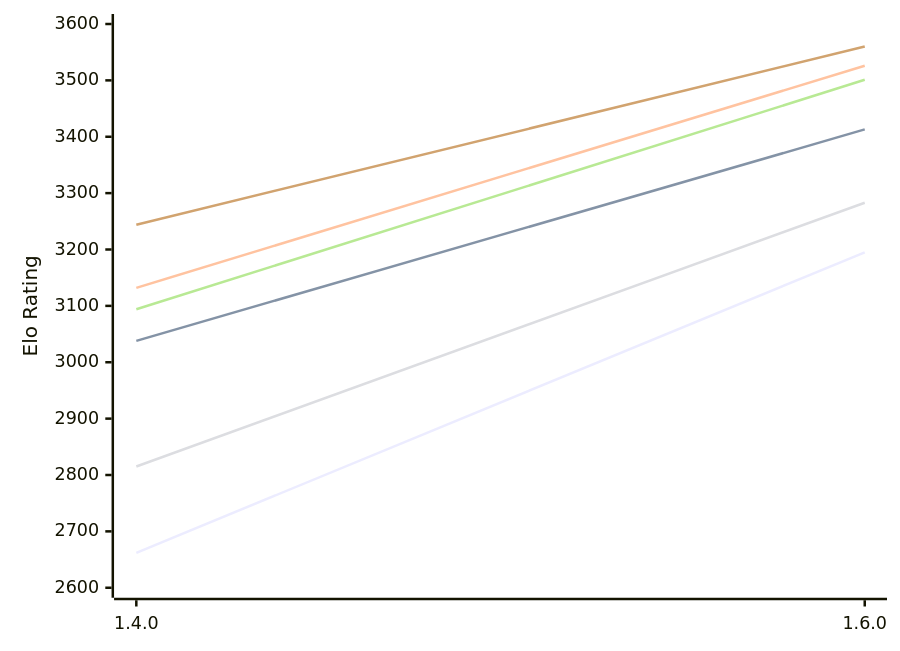
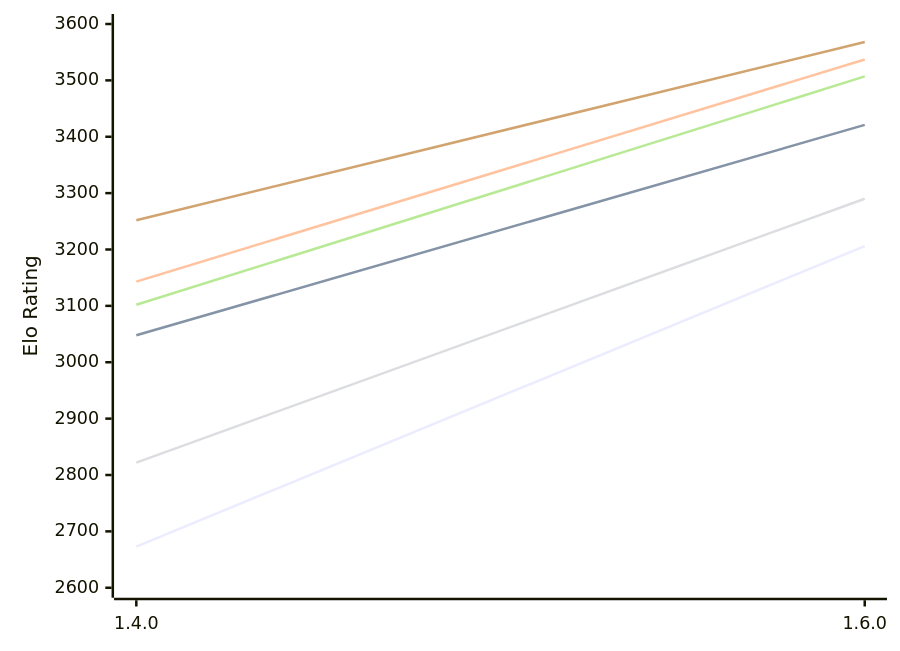
One commit to computer-chess-index/cci changed the first of 2 diagrams in engines/Gyatso.md. Above: the diagram before and after it, drawn with Mermaid. The commit also changed other lines of this file, not shown here.

Commit message:
Update CCI Ratings (ELO VLTC) - 2026-10-25

````diff
--- a/engines/Gyatso.md
+++ b/engines/Gyatso.md
@@ -53,12 +53,12 @@
 ```mermaid
 %%{init: {"theme":"base","themeVariables":{"seriesColors:['#a3a3a3','#222221','#faa371']}}}%%
 xychart-beta
   x-axis ["1.4.0", "1.6.0"]
   y-axis "Elo Rating" 2600 --> 3600
-  line "E1: STC (8.0+0.08s)" [2662, 3195]
-  line "E1: LTC (60.0+0.60s)" [3038, 3413]
-  line "E1: VLTC (2m24s+1.12s)" [3132, 3526]
-  line "P1: STC (8.0+0.08s)" [2815, 3283]
-  line "P1: LTC (60.0+0.60s)" [3094, 3501]
-  line "P1: VLTC (2m24s+1.12s)" [3244, 3560]
+  line "E1: STC (8.0+0.08s)" [2673, 3206]
+  line "E1: LTC (60.0+0.60s)" [3048, 3421]
+  line "E1: VLTC (2m24s+1.12s)" [3143, 3537]
+  line "P1: STC (8.0+0.08s)" [2822, 3290]
+  line "P1: LTC (60.0+0.60s)" [3102, 3507]
+  line "P1: VLTC (2m24s+1.12s)" [3252, 3568]
 ```
````
